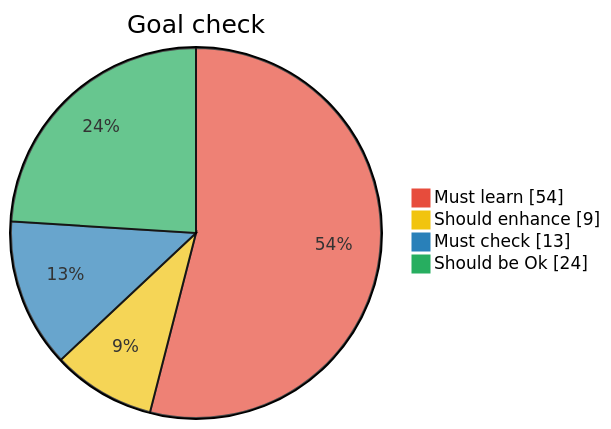
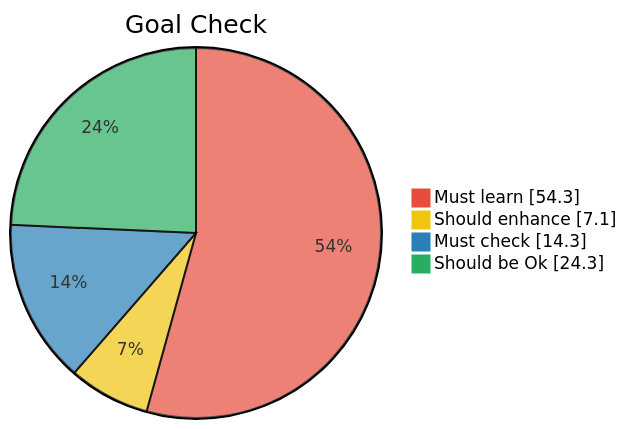
Before and after one commit to nadnone/nadnone: the diagram in README.md, drawn with Mermaid. The commit also changed other lines of this file and 1 other file, not shown here.

Commit message:
delete pdf and redirect
redirect to google sheet

````diff
--- a/README.md
+++ b/README.md
@@ -7,25 +7,25 @@
 ```mermaid
 
 %%{
 init: 
     {
     "theme": "black",
     "themeVariables": 
         {   
             "pie1": "#e74c3c",
             "pie2": "#f1c40f",
             "pie3": "#2980b9",
             "pie4": "#27ae60"
         }
     }
 }%%
 
 pie showData
-    title Goal check
-    "Must learn": 54.0
-    "Should enhance": 9.0
-    "Must check": 13.0
-    "Should be Ok": 24.0
+    title Goal Check
+    "Must learn": 54.3
+    "Should enhance": 7.1
+    "Must check": 14.3
+    "Should be Ok": 24.3
 
 
 ```
````
